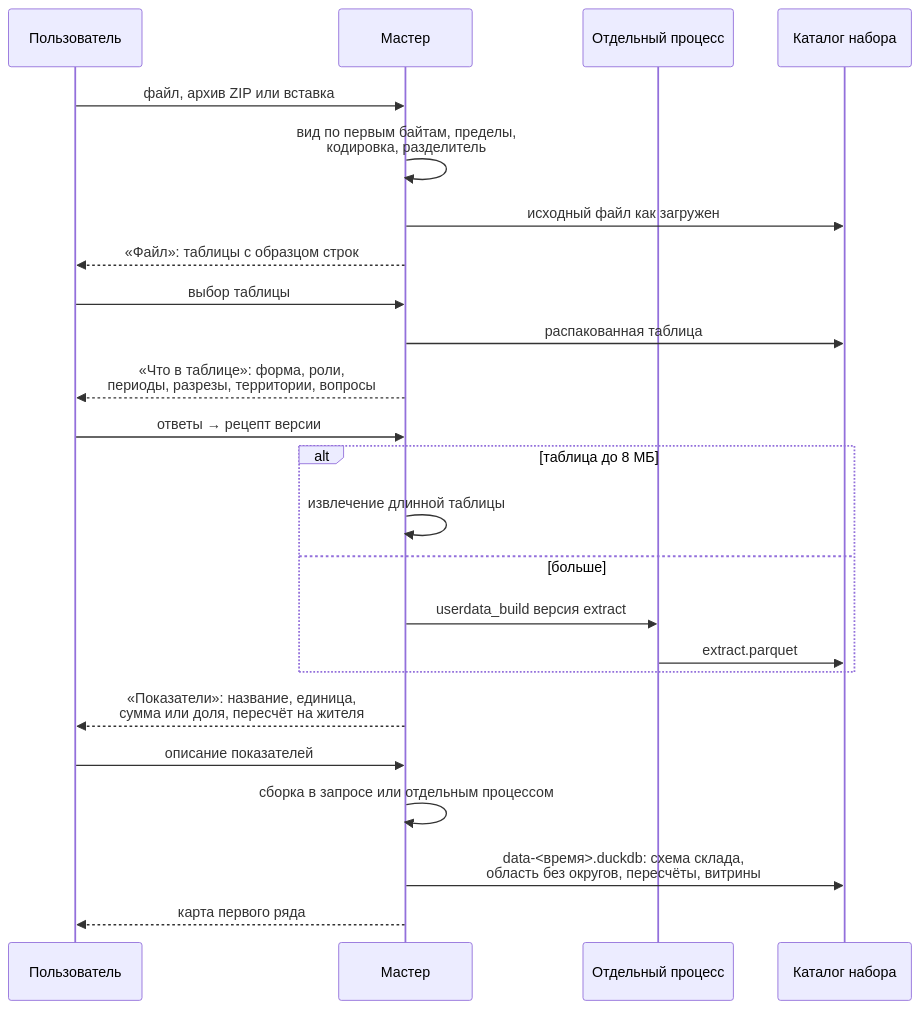
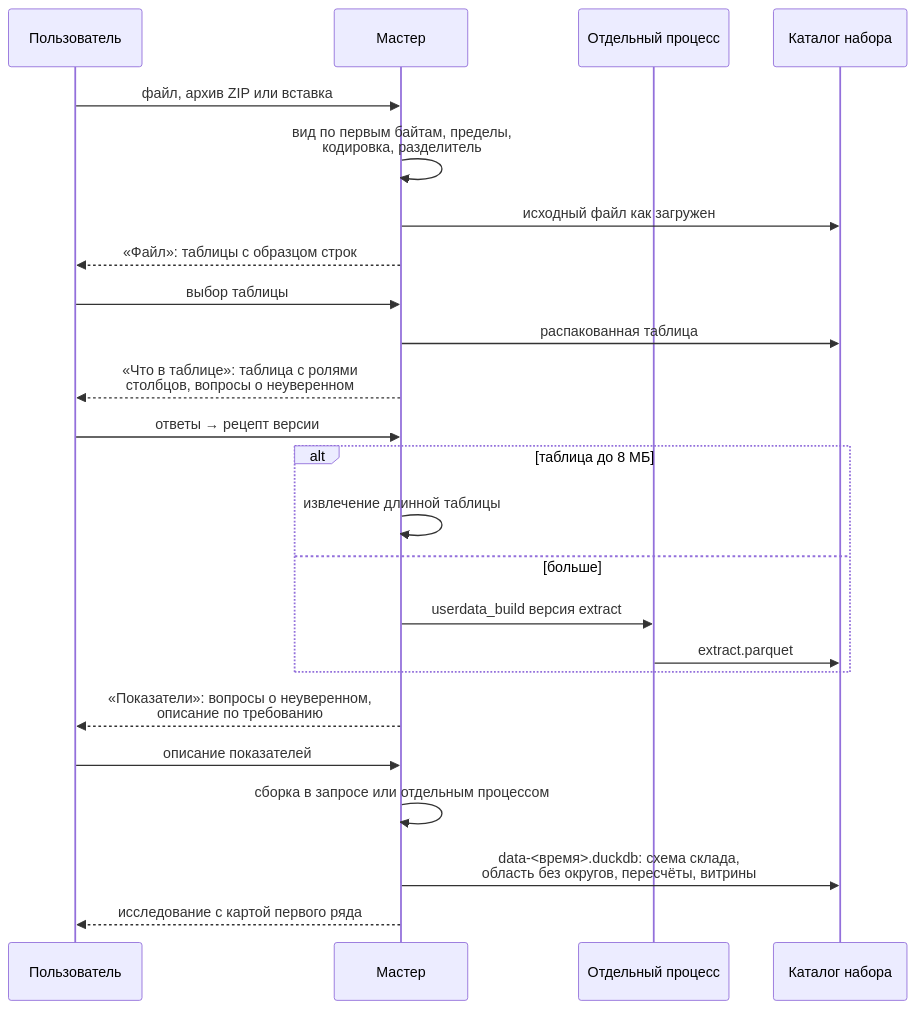
The eighth of 8 diagrams in docs/ARCHITECTURE.md (ht2473/RegionLens_v2), drawn with Mermaid before and after one commit. The commit also changed other lines of this file and 1 other file, not shown here.

````diff
--- a/docs/ARCHITECTURE.md
+++ b/docs/ARCHITECTURE.md
@@ -368,27 +368,27 @@
 ```mermaid
 sequenceDiagram
     participant U as Пользователь
     participant W as Мастер
     participant P as Отдельный процесс
     participant F as Каталог набора
 
     U->>W: файл, архив ZIP или вставка
     W->>W: вид по первым байтам, пределы,<br/>кодировка, разделитель
     W->>F: исходный файл как загружен
     W-->>U: «Файл»: таблицы с образцом строк
     U->>W: выбор таблицы
     W->>F: распакованная таблица
-    W-->>U: «Что в таблице»: форма, роли,<br/>периоды, разрезы, территории, вопросы
+    W-->>U: «Что в таблице»: таблица с ролями<br/>столбцов, вопросы о неуверенном
     U->>W: ответы → рецепт версии
     alt таблица до 8 МБ
         W->>W: извлечение длинной таблицы
     else больше
         W->>P: userdata_build версия extract
         P->>F: extract.parquet
     end
-    W-->>U: «Показатели»: название, единица,<br/>сумма или доля, пересчёт на жителя
+    W-->>U: «Показатели»: вопросы о неуверенном,<br/>описание по требованию
     U->>W: описание показателей
     W->>W: сборка в запросе или отдельным процессом
     W->>F: data-<время>.duckdb: схема склада,<br/>область без округов, пересчёты, витрины
-    W-->>U: карта первого ряда
+    W-->>U: исследование с картой первого ряда
 ```
````
